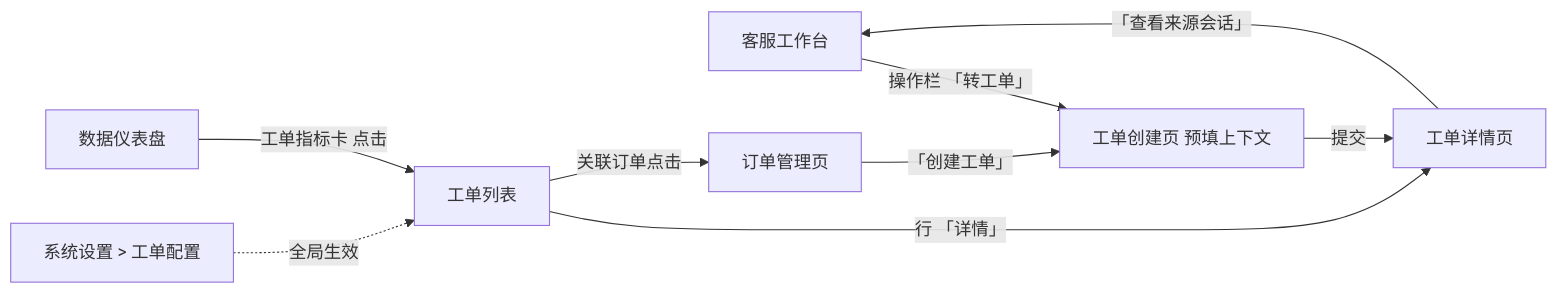
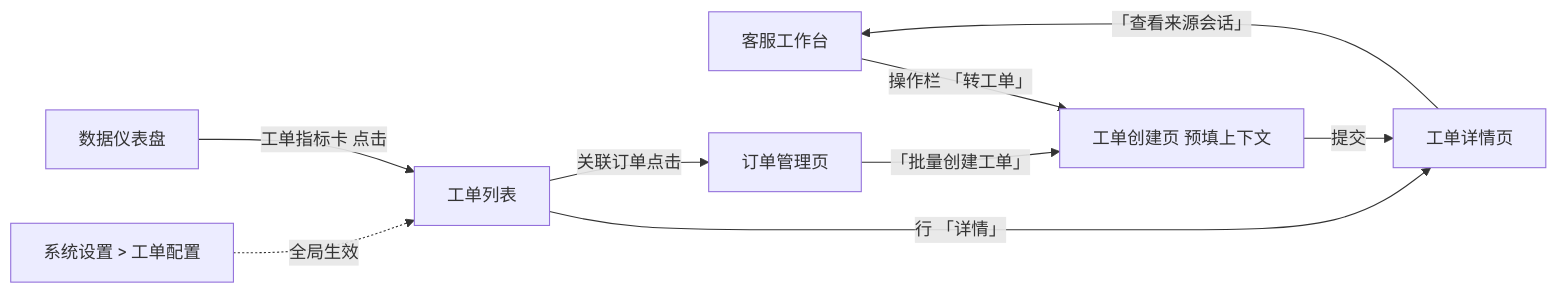
Before and after one commit to lyuxiaohei/OCS: the third of 5 diagrams in prototype-cs/PRD/客服工单/PRD-客服工单-V0.6.md, drawn with Mermaid. The commit also changed other lines of this file and 16 other files, not shown here.

````diff
--- a/prototype-cs/PRD/客服工单/PRD-客服工单-V0.6.md
+++ b/prototype-cs/PRD/客服工单/PRD-客服工单-V0.6.md
@@ -118,11 +117,11 @@
 ```mermaid
 flowchart LR
     工作台[客服工作台] -->|操作栏 「转工单」| 建单页[工单创建页 预填上下文]
     建单页 -->|提交| 详情[工单详情页]
-    订单管理[订单管理页] -->|「创建工单」| 建单页
+    订单管理[订单管理页] -->|「批量创建工单」| 建单页
     列表[工单列表] -->|行 「详情」| 详情
     详情 -->|「查看来源会话」| 工作台
     列表 -->|关联订单点击| 订单管理
     配置[系统设置 > 工单配置] -.->|全局生效| 列表
     仪表盘[数据仪表盘] -->|工单指标卡 点击| 列表
 ```
````
